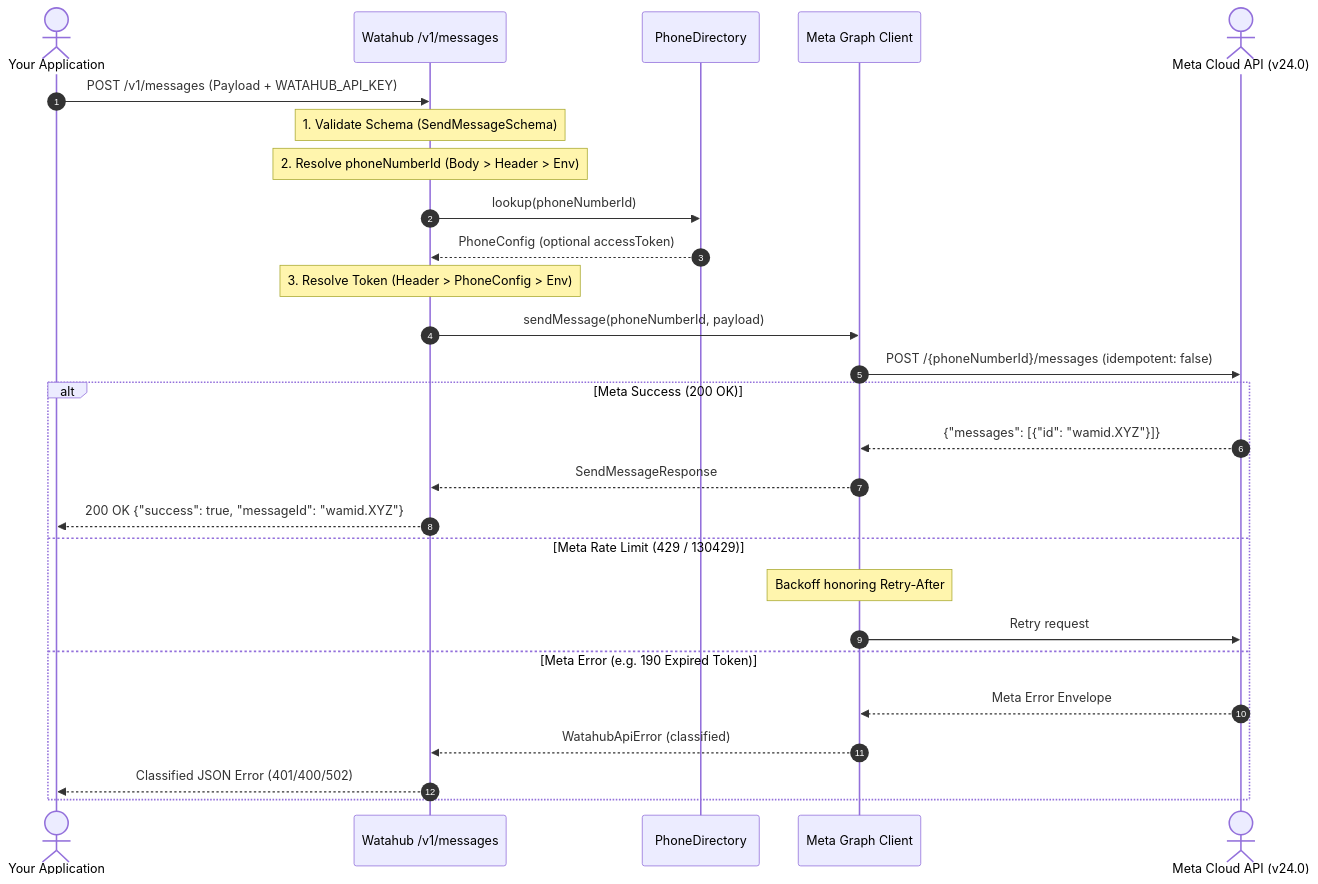
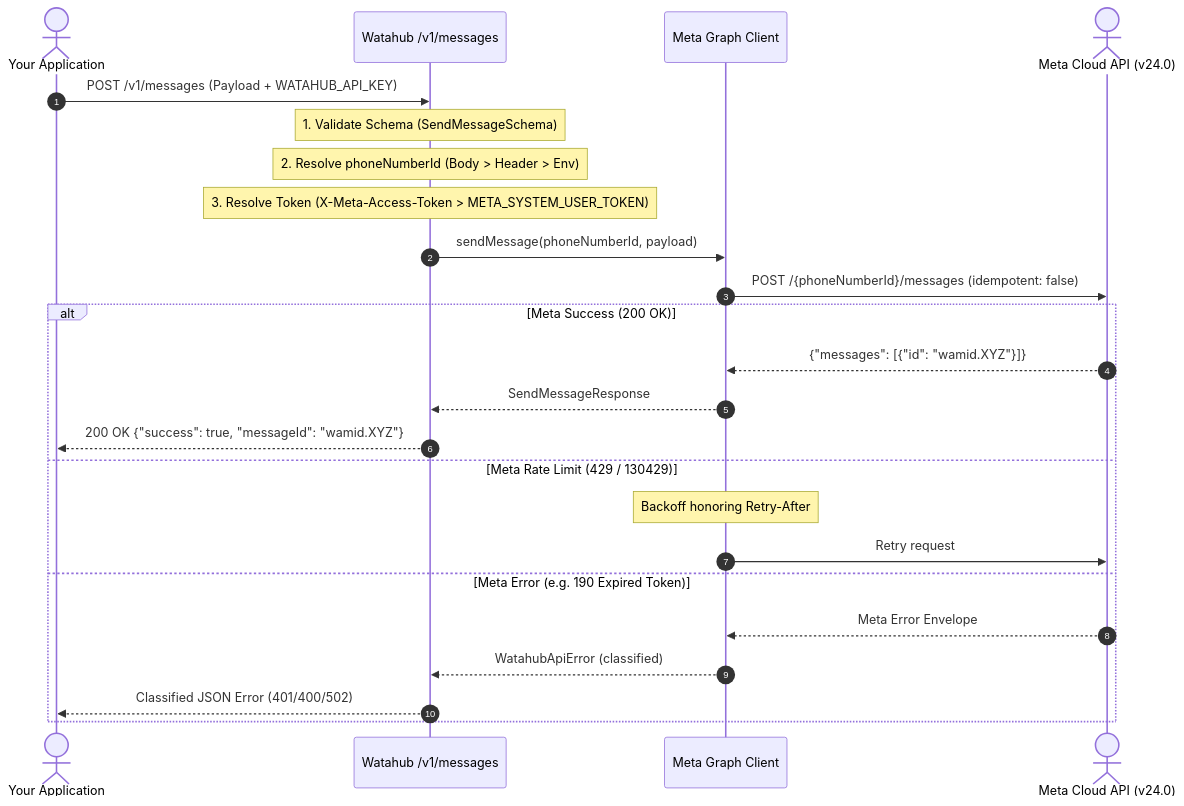
The fourth of 5 diagrams in docs/ARCHITECTURE.md (Hub-Ventures/watahub), drawn with Mermaid before and after one commit. The commit also changed other lines of this file and 24 other files, not shown here.

````diff
--- a/docs/ARCHITECTURE.md
+++ b/docs/ARCHITECTURE.md
@@ -167,33 +165,29 @@
 ```mermaid
 sequenceDiagram
     autonumber
     actor App as Your Application
     participant Gateway as Watahub /v1/messages
-    participant Directory as PhoneDirectory
     participant MetaClient as Meta Graph Client
     actor MetaAPI as Meta Cloud API (v24.0)
 
     App->>Gateway: POST /v1/messages (Payload + WATAHUB_API_KEY)
     Note over Gateway: 1. Validate Schema (SendMessageSchema)
     Note over Gateway: 2. Resolve phoneNumberId (Body > Header > Env)
-    
-    Gateway->>Directory: lookup(phoneNumberId)
-    Directory-->>Gateway: PhoneConfig (optional accessToken)
-    Note over Gateway: 3. Resolve Token (Header > PhoneConfig > Env)
+    Note over Gateway: 3. Resolve Token (X-Meta-Access-Token > META_SYSTEM_USER_TOKEN)
 
     Gateway->>MetaClient: sendMessage(phoneNumberId, payload)
     MetaClient->>MetaAPI: POST /{phoneNumberId}/messages (idempotent: false)
     
     alt Meta Success (200 OK)
         MetaAPI-->>MetaClient: {"messages": [{"id": "wamid.XYZ"}]}
         MetaClient-->>Gateway: SendMessageResponse
         Gateway-->>App: 200 OK {"success": true, "messageId": "wamid.XYZ"}
     else Meta Rate Limit (429 / 130429)
         Note over MetaClient: Backoff honoring Retry-After
         MetaClient->>MetaAPI: Retry request
     else Meta Error (e.g. 190 Expired Token)
         MetaAPI-->>MetaClient: Meta Error Envelope
         MetaClient-->>Gateway: WatahubApiError (classified)
         Gateway-->>App: Classified JSON Error (401/400/502)
     end
 ```
````
